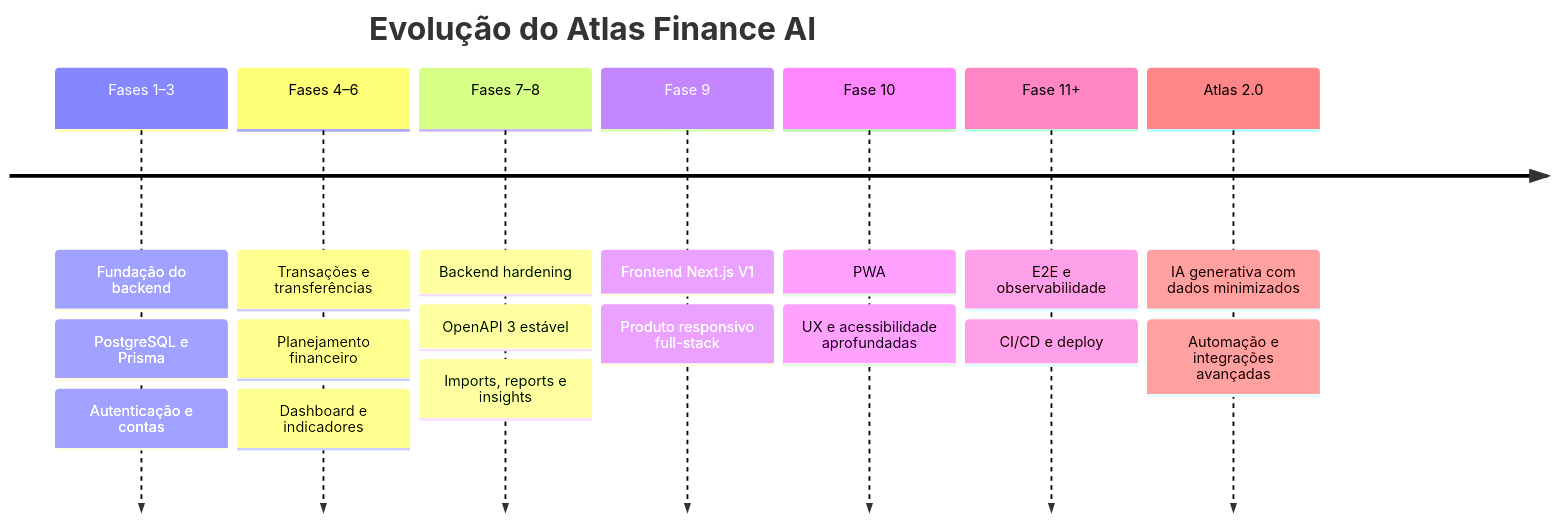
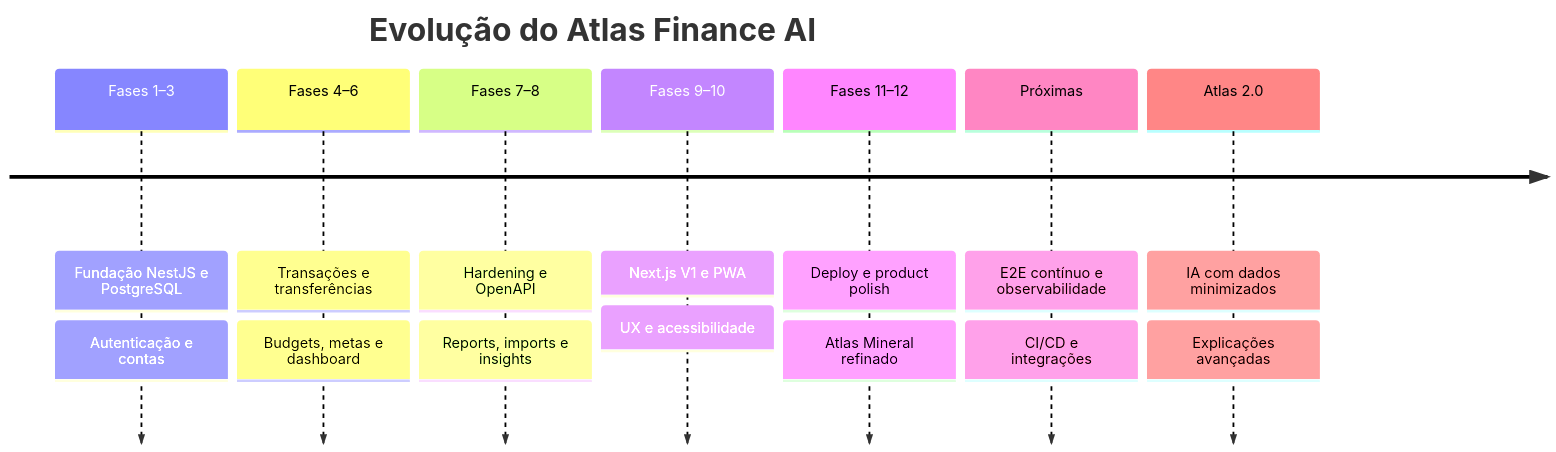
Before and after one commit to oluisvi/atlas-finance-ai: the fourth of 4 diagrams in README.md, drawn with Mermaid. The commit also changed other lines of this file and 5 other files, not shown here.

First line of the commit message:
Fase 12: product polish e README profissional (#3)

````diff
--- a/README.md
+++ b/README.md
@@ -550,21 +418,18 @@
 ```mermaid
 timeline
     title Evolução do Atlas Finance AI
-    Fases 1–3 : Fundação do backend
-               : PostgreSQL e Prisma
+    Fases 1–3 : Fundação NestJS e PostgreSQL
                : Autenticação e contas
     Fases 4–6 : Transações e transferências
-               : Planejamento financeiro
-               : Dashboard e indicadores
-    Fases 7–8 : Backend hardening
-               : OpenAPI 3 estável
-               : Imports, reports e insights
-    Fase 9     : Frontend Next.js V1
-               : Produto responsivo full-stack
-    Fase 10    : PWA
-               : UX e acessibilidade aprofundadas
-    Fase 11+   : E2E e observabilidade
-               : CI/CD e deploy
-    Atlas 2.0  : IA generativa com dados minimizados
-               : Automação e integrações avançadas
+               : Budgets, metas e dashboard
+    Fases 7–8 : Hardening e OpenAPI
+               : Reports, imports e insights
+    Fases 9–10 : Next.js V1 e PWA
+                : UX e acessibilidade
+    Fases 11–12 : Deploy e product polish
+                 : Atlas Mineral refinado
+    Próximas     : E2E contínuo e observabilidade
+                 : CI/CD e integrações
+    Atlas 2.0    : IA com dados minimizados
+                 : Explicações avançadas
 ```
````
